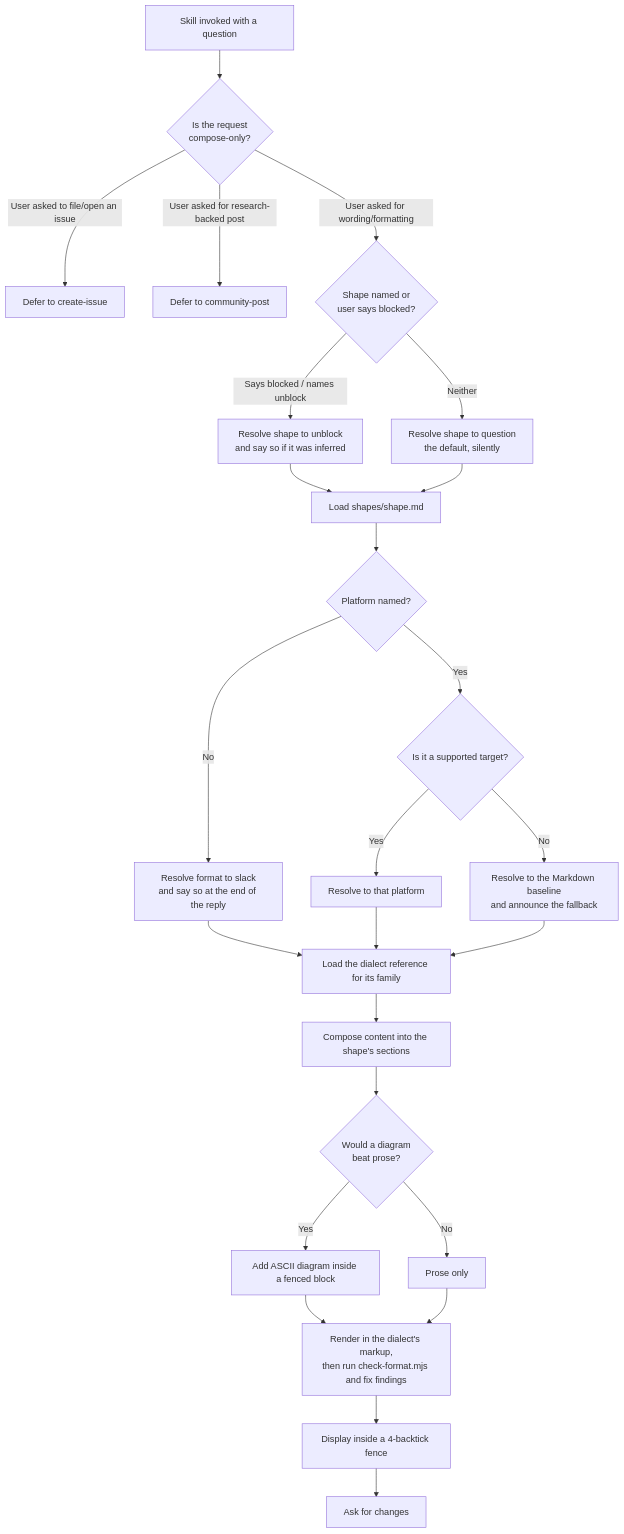
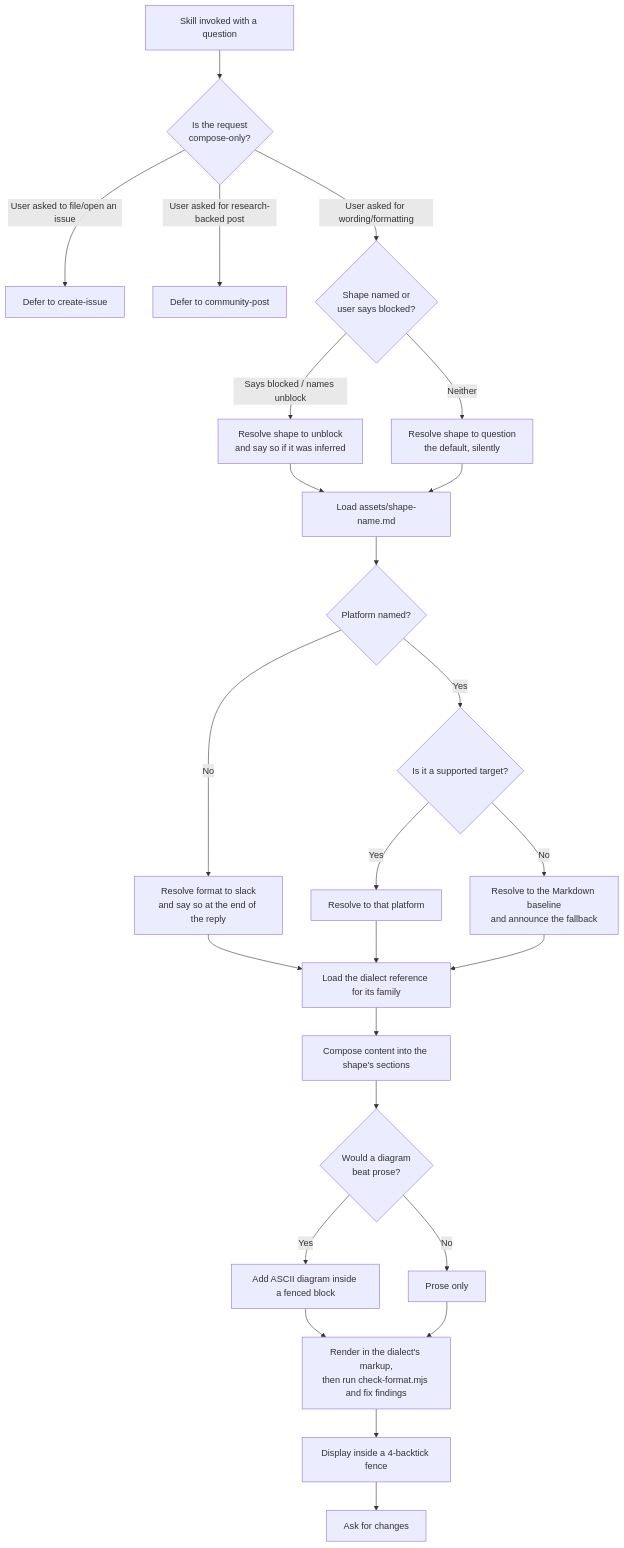
Before and after one commit to repobuddy/repobuddy: the first of 2 diagrams in .agents/spec/agent-skills/to-question/README.md, drawn with Mermaid. The commit also changed 5 other files, not shown here.

First line of the commit message:
refactor(skills): move to-question's shape files under assets/

````diff
--- a/.agents/spec/agent-skills/to-question/README.md
+++ b/.agents/spec/agent-skills/to-question/README.md
@@ -197,27 +197,27 @@
 ```mermaid
 graph TD
     A[Skill invoked with a question] --> B{Is the request<br/>compose-only?}
     B -->|User asked to file/open an issue| C[Defer to create-issue]
     B -->|User asked for research-backed post| D[Defer to community-post]
     B -->|User asked for wording/formatting| S1{Shape named or<br/>user says blocked?}
     S1 -->|Says blocked / names unblock| S2[Resolve shape to unblock<br/>and say so if it was inferred]
     S1 -->|Neither| S3[Resolve shape to question<br/>the default, silently]
-    S2 --> S4[Load shapes/shape.md]
+    S2 --> S4[Load assets/shape-name.md]
     S3 --> S4
     S4 --> E{Platform named?}
     E -->|No| F[Resolve format to slack<br/>and say so at the end of the reply]
     E -->|Yes| G{Is it a supported target?}
     G -->|Yes| G1[Resolve to that platform]
     G -->|No| G2[Resolve to the Markdown baseline<br/>and announce the fallback]
     F --> H[Load the dialect reference for its family]
     G1 --> H
     G2 --> H
     H --> I[Compose content into the shape's sections]
     I --> J{Would a diagram<br/>beat prose?}
     J -->|Yes| K[Add ASCII diagram inside a fenced block]
     J -->|No| L[Prose only]
     K --> M[Render in the dialect's markup,<br/>then run check-format.mjs and fix findings]
     L --> M
     M --> N[Display inside a 4-backtick fence]
     N --> O[Ask for changes]
 ```
````
